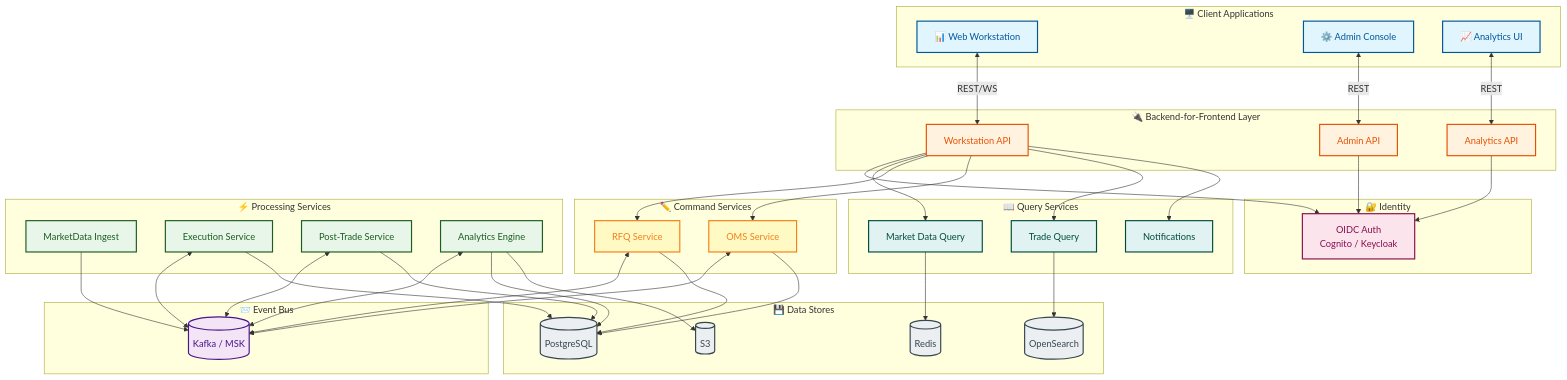
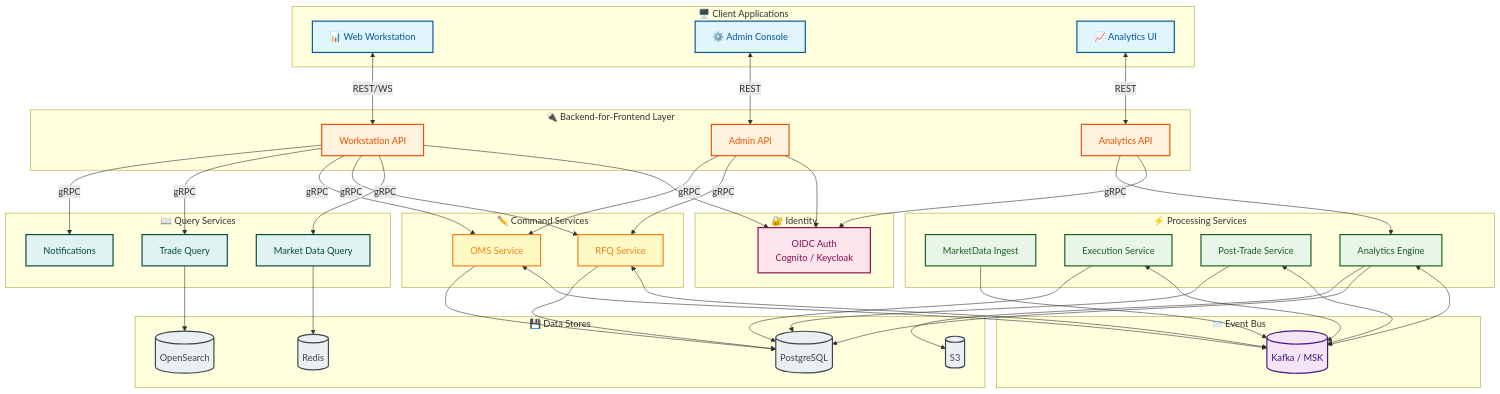
The first of 4 diagrams in PRD.md (oladejiayo/Orion), drawn with Mermaid before and after one commit. The commit also changed other lines of this file and 1 other file, not shown here.

First line of the commit message:
feat: introduce gRPC for internal service communication

````diff
--- a/PRD.md
+++ b/PRD.md
@@ -179,80 +193,82 @@
 ```mermaid
 flowchart TB
   subgraph clients[" 🖥️ Client Applications"]
     UI["📊 Web Workstation"]
     UI2["⚙️ Admin Console"]
     UI3["📈 Analytics UI"]
   end
 
   subgraph bff[" 🔌 Backend-for-Frontend Layer"]
     BFF["Workstation API"]
     BFF_ADMIN["Admin API"]
     BFF_ANALYTICS["Analytics API"]
   end
 
   subgraph auth[" 🔐 Identity"]
     AUTH["OIDC Auth\nCognito / Keycloak"]
   end
 
   subgraph query[" 📖 Query Services"]
     MDQ["Market Data Query"]
     TRD_Q["Trade Query"]
     NOTIF["Notifications"]
   end
 
   subgraph command[" ✏️ Command Services"]
     RFQ_API["RFQ Service"]
     OMS_API["OMS Service"]
   end
 
   subgraph processing[" ⚡ Processing Services"]
     MDING["MarketData Ingest"]
     EXEC["Execution Service"]
     POST["Post-Trade Service"]
     ANA["Analytics Engine"]
   end
 
   subgraph messaging[" 📨 Event Bus"]
     BUS[("Kafka / MSK")]
   end
 
   subgraph data[" 💾 Data Stores"]
     PSQL[("PostgreSQL")]
     REDIS[("Redis")]
     S3[("S3")]
     OS[("OpenSearch")]
   end
 
   UI <-->|REST/WS| BFF
   UI2 <-->|REST| BFF_ADMIN
   UI3 <-->|REST| BFF_ANALYTICS
 
   BFF & BFF_ADMIN & BFF_ANALYTICS --> AUTH
-  BFF --> MDQ & RFQ_API & OMS_API & TRD_Q & NOTIF
+  BFF -->|gRPC| MDQ & RFQ_API & OMS_API & TRD_Q & NOTIF
+  BFF_ADMIN -->|gRPC| RFQ_API & OMS_API
+  BFF_ANALYTICS -->|gRPC| ANA
 
   MDING --> BUS
   RFQ_API & OMS_API & EXEC & POST & ANA <--> BUS
 
   RFQ_API & OMS_API & EXEC & POST & ANA --> PSQL
   MDQ --> REDIS
   TRD_Q --> OS
   ANA --> S3
 
   classDef clientStyle fill:#e1f5fe,stroke:#01579b,stroke-width:2px,color:#01579b
   classDef bffStyle fill:#fff3e0,stroke:#e65100,stroke-width:2px,color:#e65100
   classDef authStyle fill:#fce4ec,stroke:#880e4f,stroke-width:2px,color:#880e4f
   classDef queryStyle fill:#e0f2f1,stroke:#004d40,stroke-width:2px,color:#004d40
   classDef commandStyle fill:#fff9c4,stroke:#f57f17,stroke-width:2px,color:#f57f17
   classDef processingStyle fill:#e8f5e9,stroke:#1b5e20,stroke-width:2px,color:#1b5e20
   classDef busStyle fill:#f3e5f5,stroke:#4a148c,stroke-width:2px,color:#4a148c
   classDef dataStyle fill:#eceff1,stroke:#37474f,stroke-width:2px,color:#37474f
 
   class UI,UI2,UI3 clientStyle
   class BFF,BFF_ADMIN,BFF_ANALYTICS bffStyle
   class AUTH authStyle
   class MDQ,TRD_Q,NOTIF queryStyle
   class RFQ_API,OMS_API commandStyle
   class MDING,EXEC,POST,ANA processingStyle
   class BUS busStyle
   class PSQL,REDIS,S3,OS dataStyle
 ```
````
